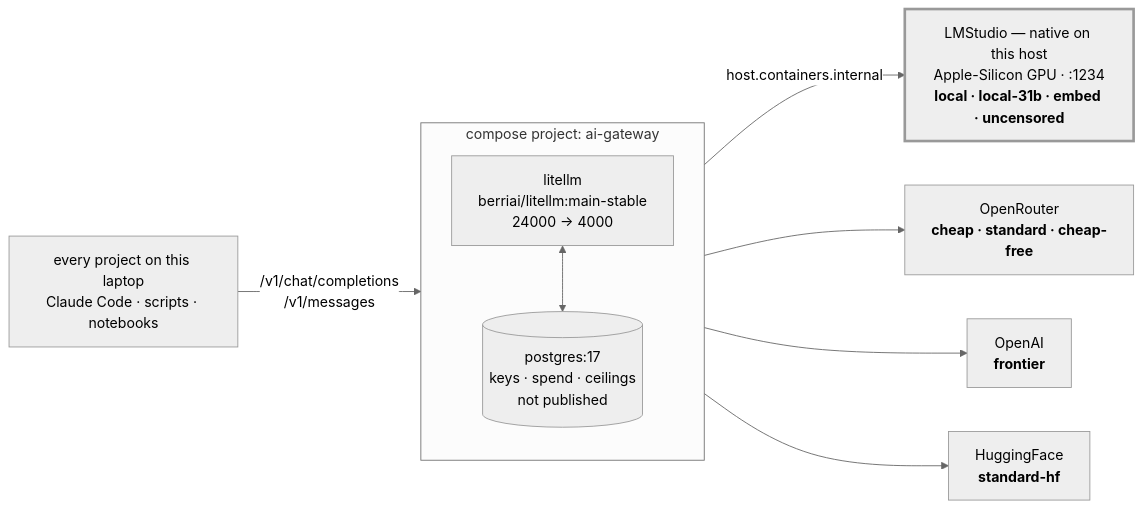
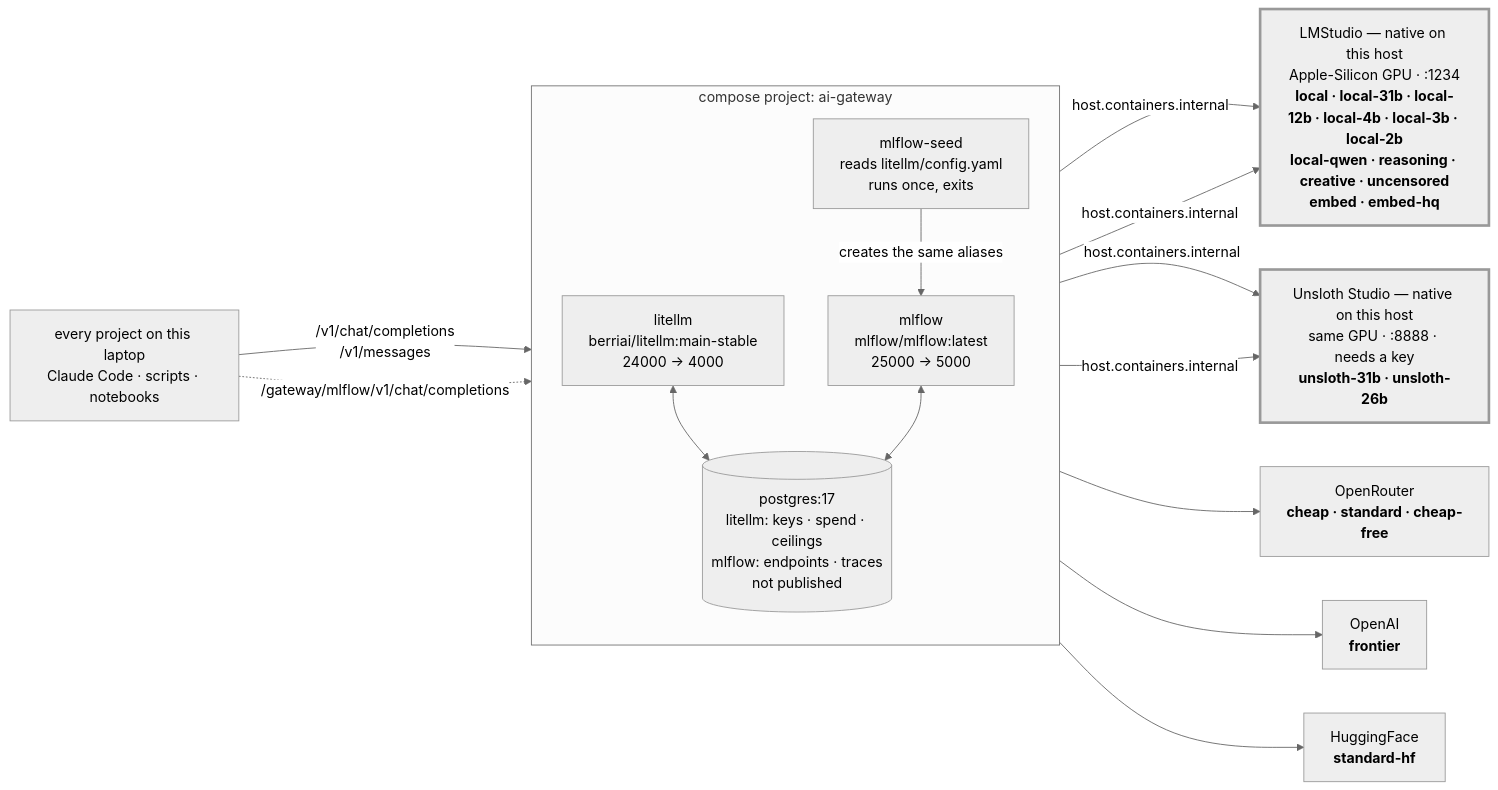
The first of 3 diagrams in README.md (lukaskellerstein/ai-gateway), drawn with Mermaid (neutral theme) before and after one commit. The commit also changed other lines of this file and 23 other files, not shown here.

````diff
--- a/README.md
+++ b/README.md
@@ -19,25 +21,34 @@
 ```mermaid
 flowchart LR
     callers["every project on this laptop<br/>Claude Code · scripts · notebooks"]
 
     subgraph proj["compose project: ai-gateway"]
         direction TB
         litellm["litellm<br/>berriai/litellm:main-stable<br/>24000 → 4000"]
-        pg[("postgres:17<br/>keys · spend · ceilings<br/>not published")]
+        mlf["mlflow<br/>mlflow/mlflow:latest<br/>25000 → 5000"]
+        seed["mlflow-seed<br/>reads litellm/config.yaml<br/>runs once, exits"]
+        pg[("postgres:17<br/>litellm: keys · spend · ceilings<br/>mlflow: endpoints · traces<br/>not published")]
         litellm <--> pg
+        mlf <--> pg
+        seed -->|"creates the same aliases"| mlf
     end
 
-    lms["LMStudio — native on this host<br/>Apple-Silicon GPU · :1234<br/><b>local · local-31b · embed · uncensored</b>"]
+    lms["LMStudio — native on this host<br/>Apple-Silicon GPU · :1234<br/><b>local · local-31b · local-12b · local-4b · local-3b · local-2b</b><br/><b>local-qwen · reasoning · creative · uncensored</b><br/><b>embed · embed-hq</b>"]
+    uns["Unsloth Studio — native on this host<br/>same GPU · :8888 · needs a key<br/><b>unsloth-31b · unsloth-26b</b>"]
     or["OpenRouter<br/><b>cheap · standard · cheap-free</b>"]
     oai["OpenAI<br/><b>frontier</b>"]
     hf["HuggingFace<br/><b>standard-hf</b>"]
 
     callers -->|"/v1/chat/completions<br/>/v1/messages"| litellm
+    callers -.->|"/gateway/mlflow/v1/chat/completions"| mlf
     litellm -->|host.containers.internal| lms
+    litellm -->|host.containers.internal| uns
     litellm --> or
     litellm --> oai
     litellm --> hf
+    mlf -->|host.containers.internal| lms
+    mlf -->|host.containers.internal| uns
 
     classDef onhost stroke-width:3px
-    class lms onhost
+    class lms,uns onhost
 ```
````
